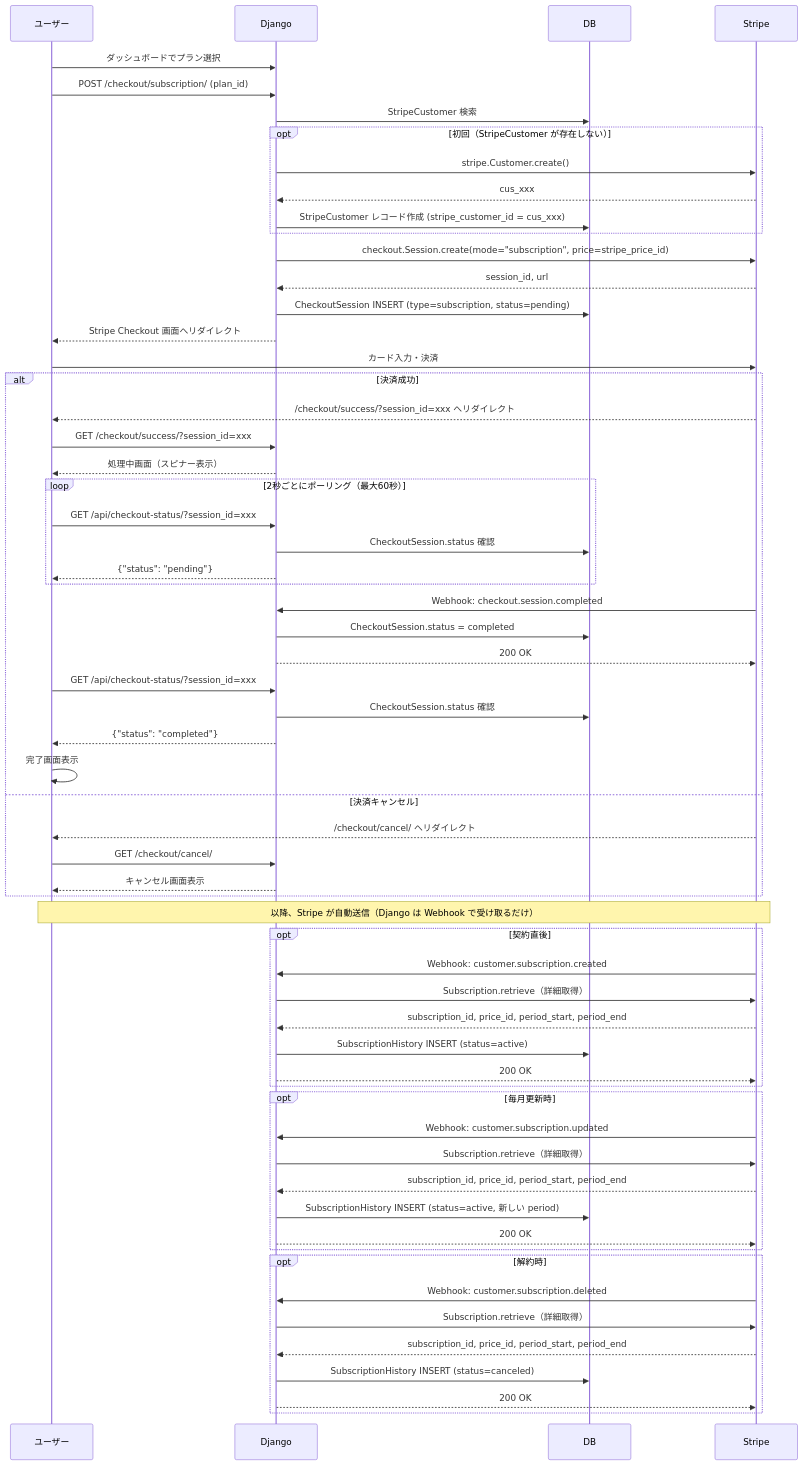
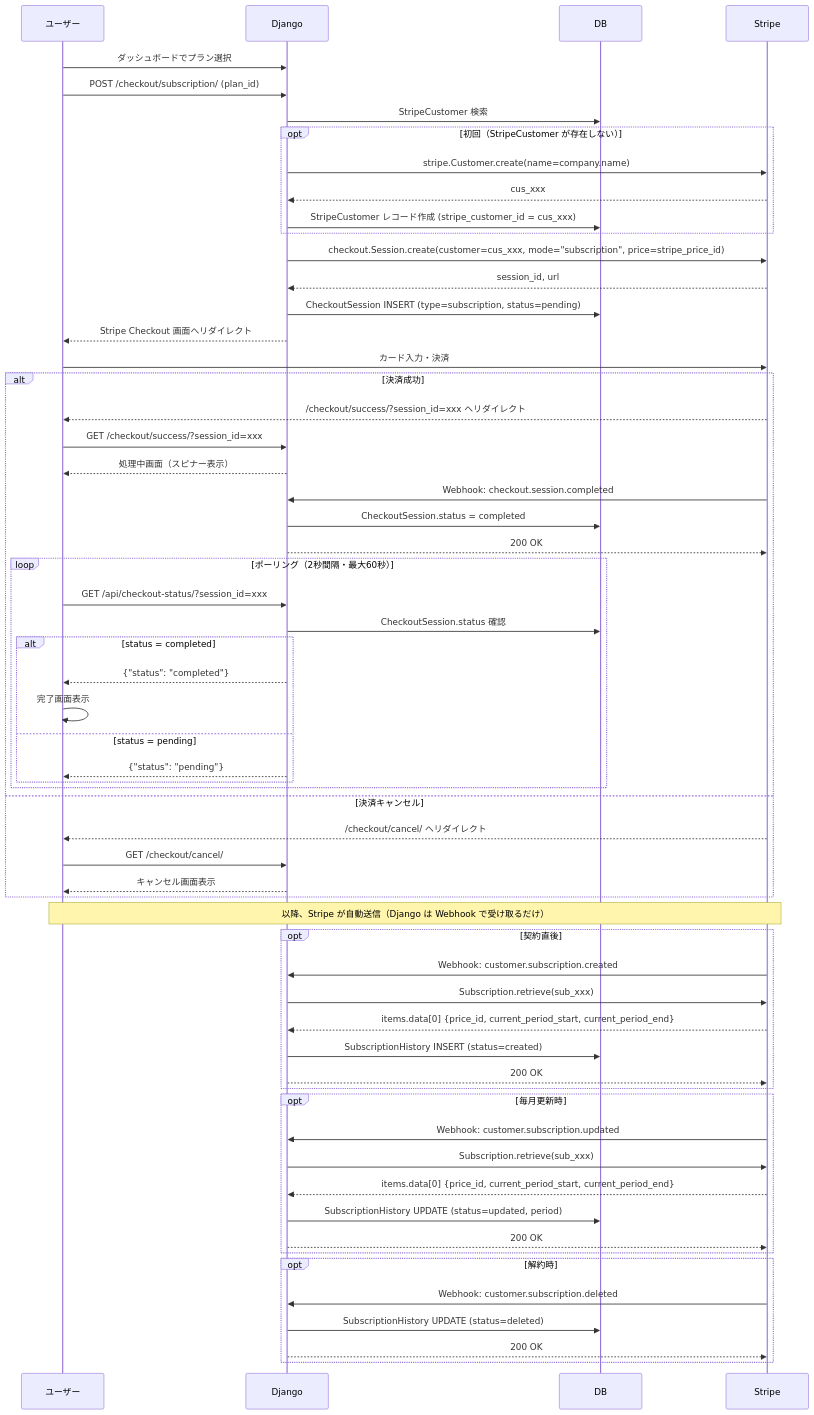
The first of 4 diagrams in docs/sequence-diagram.md (suzuki-tomok/payment-core), drawn with Mermaid before and after one commit. The commit also changed other lines of this file and 25 other files, not shown here.

````diff
--- a/docs/sequence-diagram.md
+++ b/docs/sequence-diagram.md
@@ -5,77 +5,75 @@
 ```mermaid
 sequenceDiagram
     participant U as ユーザー
     participant D as Django
     participant DB as DB
     participant S as Stripe
 
     U->>D: ダッシュボードでプラン選択
     U->>D: POST /checkout/subscription/ (plan_id)
 
     D->>DB: StripeCustomer 検索
 
     opt 初回（StripeCustomer が存在しない）
-        D->>S: stripe.Customer.create()
+        D->>S: stripe.Customer.create(name=company.name)
         S-->>D: cus_xxx
         D->>DB: StripeCustomer レコード作成 (stripe_customer_id = cus_xxx)
     end
 
-    D->>S: checkout.Session.create(mode="subscription", price=stripe_price_id)
+    D->>S: checkout.Session.create(customer=cus_xxx, mode="subscription", price=stripe_price_id)
     S-->>D: session_id, url
     D->>DB: CheckoutSession INSERT (type=subscription, status=pending)
     D-->>U: Stripe Checkout 画面へリダイレクト
 
     U->>S: カード入力・決済
 
     alt 決済成功
         S-->>U: /checkout/success/?session_id=xxx へリダイレクト
         U->>D: GET /checkout/success/?session_id=xxx
         D-->>U: 処理中画面（スピナー表示）
 
-        loop 2秒ごとにポーリング（最大60秒）
-            U->>D: GET /api/checkout-status/?session_id=xxx
-            D->>DB: CheckoutSession.status 確認
-            D-->>U: {"status": "pending"}
-        end
-
         S->>D: Webhook: checkout.session.completed
         D->>DB: CheckoutSession.status = completed
         D-->>S: 200 OK
 
-        U->>D: GET /api/checkout-status/?session_id=xxx
-        D->>DB: CheckoutSession.status 確認
-        D-->>U: {"status": "completed"}
-        U->>U: 完了画面表示
+        loop ポーリング（2秒間隔・最大60秒）
+            U->>D: GET /api/checkout-status/?session_id=xxx
+            D->>DB: CheckoutSession.status 確認
+            alt status = completed
+                D-->>U: {"status": "completed"}
+                U->>U: 完了画面表示
+            else status = pending
+                D-->>U: {"status": "pending"}
+            end
+        end
 
     else 決済キャンセル
         S-->>U: /checkout/cancel/ へリダイレクト
         U->>D: GET /checkout/cancel/
         D-->>U: キャンセル画面表示
     end
 
     Note over U,S: 以降、Stripe が自動送信（Django は Webhook で受け取るだけ）
 
     opt 契約直後
         S->>D: Webhook: customer.subscription.created
-        D->>S: Subscription.retrieve（詳細取得）
-        S-->>D: subscription_id, price_id, period_start, period_end
-        D->>DB: SubscriptionHistory INSERT (status=active)
+        D->>S: Subscription.retrieve(sub_xxx)
+        S-->>D: items.data[0] {price_id, current_period_start, current_period_end}
+        D->>DB: SubscriptionHistory INSERT (status=created)
         D-->>S: 200 OK
     end
 
     opt 毎月更新時
         S->>D: Webhook: customer.subscription.updated
-        D->>S: Subscription.retrieve（詳細取得）
-        S-->>D: subscription_id, price_id, period_start, period_end
-        D->>DB: SubscriptionHistory INSERT (status=active, 新しい period)
+        D->>S: Subscription.retrieve(sub_xxx)
+        S-->>D: items.data[0] {price_id, current_period_start, current_period_end}
+        D->>DB: SubscriptionHistory UPDATE (status=updated, period)
         D-->>S: 200 OK
     end
 
     opt 解約時
         S->>D: Webhook: customer.subscription.deleted
-        D->>S: Subscription.retrieve（詳細取得）
-        S-->>D: subscription_id, price_id, period_start, period_end
-        D->>DB: SubscriptionHistory INSERT (status=canceled)
+        D->>DB: SubscriptionHistory UPDATE (status=deleted)
         D-->>S: 200 OK
     end
 ```
````
